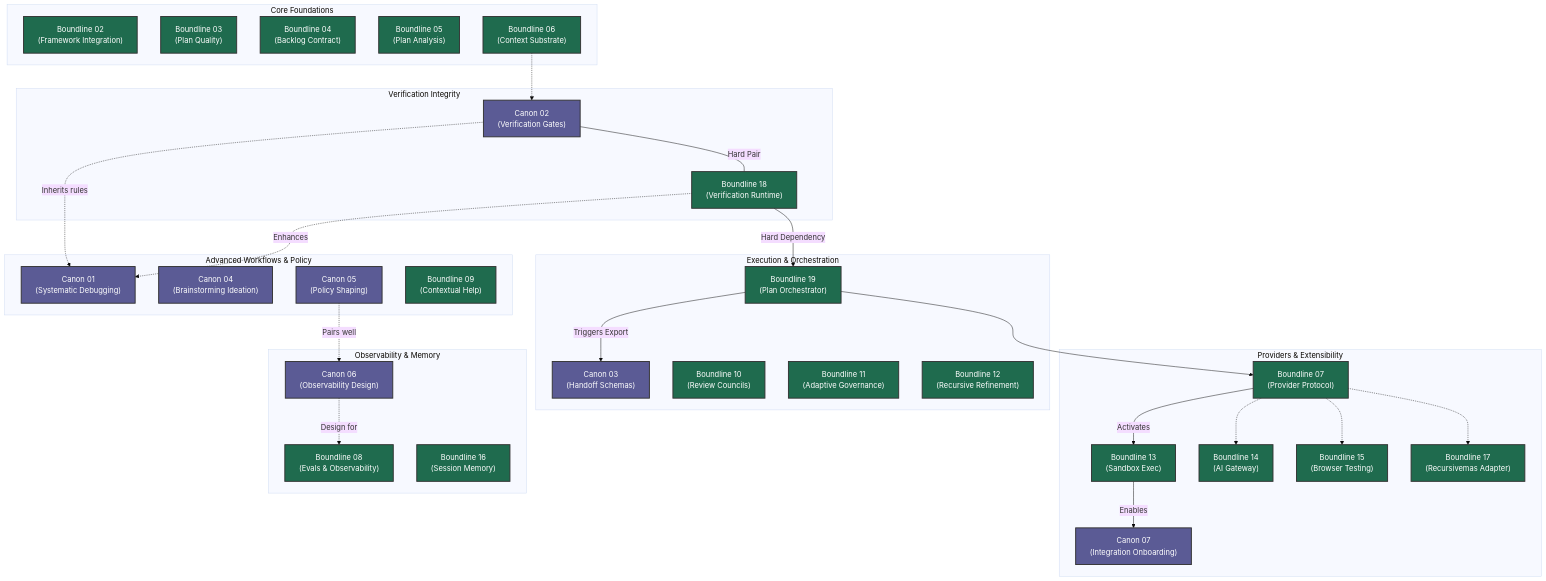
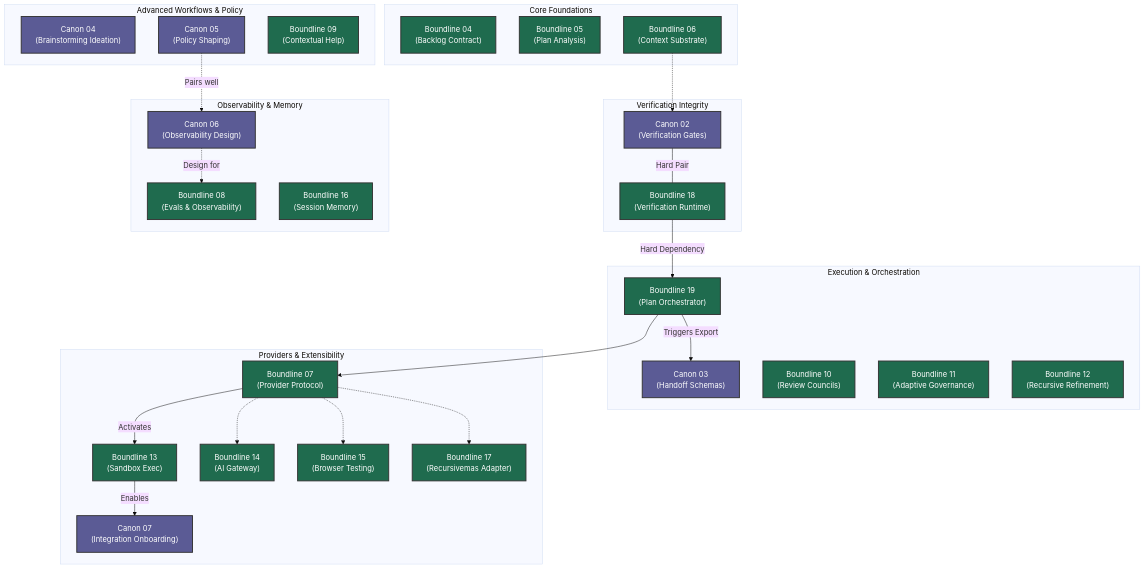
The diagram in roadmap/joint-roadmap-graph.md (apply-the/canon), drawn with Mermaid (base theme) before and after one commit. The commit also changed other lines of this file and 45 other files, not shown here.

````diff
--- a/roadmap/joint-roadmap-graph.md
+++ b/roadmap/joint-roadmap-graph.md
@@ -7,67 +7,62 @@
 ```mermaid
 flowchart TD
     %% Styling
     classDef canon fill:#5b5b95,stroke:#333,stroke-width:2px,color:#fff
     classDef boundline fill:#1f6b4e,stroke:#333,stroke-width:2px,color:#fff
 
     subgraph Core Foundations
-        B02["Boundline 02<br/>(Framework Integration)"]:::boundline
-        B03["Boundline 03<br/>(Plan Quality)"]:::boundline
         B04["Boundline 04<br/>(Backlog Contract)"]:::boundline
         B05["Boundline 05<br/>(Plan Analysis)"]:::boundline
         B06["Boundline 06<br/>(Context Substrate)"]:::boundline
     end
 
     subgraph Verification Integrity
         C02["Canon 02<br/>(Verification Gates)"]:::canon
         B18["Boundline 18<br/>(Verification Runtime)"]:::boundline
     end
 
     subgraph Execution & Orchestration
         B19["Boundline 19<br/>(Plan Orchestrator)"]:::boundline
         C03["Canon 03<br/>(Handoff Schemas)"]:::canon
         B10["Boundline 10<br/>(Review Councils)"]:::boundline
         B11["Boundline 11<br/>(Adaptive Governance)"]:::boundline
         B12["Boundline 12<br/>(Recursive Refinement)"]:::boundline
     end
 
     subgraph Providers & Extensibility
         B07["Boundline 07<br/>(Provider Protocol)"]:::boundline
         B13["Boundline 13<br/>(Sandbox Exec)"]:::boundline
         C07["Canon 07<br/>(Integration Onboarding)"]:::canon
         B14["Boundline 14<br/>(AI Gateway)"]:::boundline
         B15["Boundline 15<br/>(Browser Testing)"]:::boundline
         B17["Boundline 17<br/>(Recursivemas Adapter)"]:::boundline
     end
 
     subgraph Observability & Memory
         C06["Canon 06<br/>(Observability Design)"]:::canon
         B08["Boundline 08<br/>(Evals & Observability)"]:::boundline
         B16["Boundline 16<br/>(Session Memory)"]:::boundline
     end
 
     subgraph Advanced Workflows & Policy
-        C01["Canon 01<br/>(Systematic Debugging)"]:::canon
         C04["Canon 04<br/>(Brainstorming Ideation)"]:::canon
         C05["Canon 05<br/>(Policy Shaping)"]:::canon
         B09["Boundline 09<br/>(Contextual Help)"]:::boundline
     end
 
     %% Key Dependencies
     B06 -.-> C02
     C02 ---|Hard Pair| B18
     B18 -->|Hard Dependency| B19
     B19 -->|Triggers Export| C03
     B19 --> B07
     B07 -->|Activates| B13
     B13 -->|Enables| C07
     
     B07 -.-> B14
     B07 -.-> B15
     B07 -.-> B17
     
     C06 -.->|Design for| B08
-    C02 -.->|Inherits rules| C01
-    B18 -.->|Enhances| C01
     C05 -.->|Pairs well| C06
 ```
````
